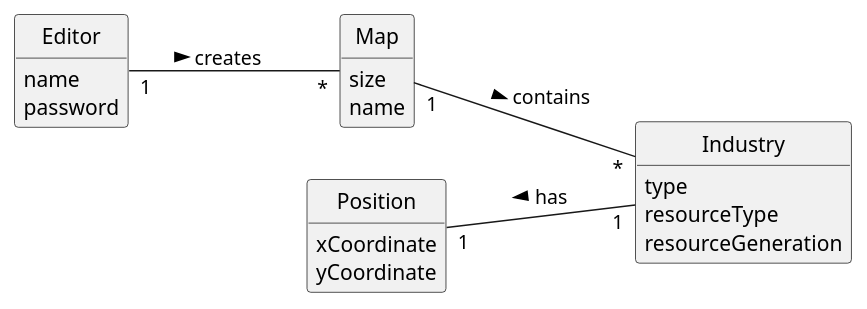
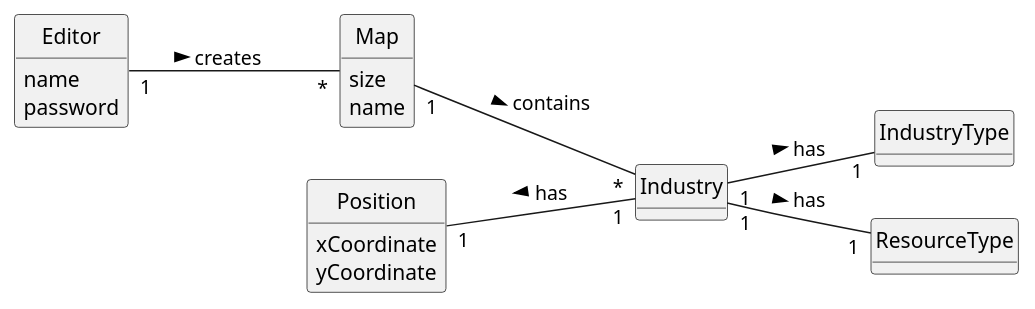
The diagram in Sprint2/US002/02.analysis/puml/US002-DM.puml (1240935/pi2-railway-simulator), drawn with PlantUML before and after one commit. The commit also changed 19 other files, not shown here.

```diff
--- a/Sprint2/US002/02.analysis/puml/US002-DM.puml
+++ b/Sprint2/US002/02.analysis/puml/US002-DM.puml
@@ -1,37 +1,43 @@
 @startuml
 skinparam monochrome true
 skinparam packageStyle rectangle
 skinparam shadowing false
 'skinparam linetype ortho
 'left to right direction
 skinparam classAttributeIconSize 0
 hide circle
 hide methods
 
 left to right direction
 
 class Editor {
     name
     password
 }
 
 class Map {
     size
     name
 }
 
 class Industry {
-    type
-    resourceType
-    resourceGeneration
+}
+
+class IndustryType{
+}
+
+class ResourceType{
 }
 
 class Position{
     xCoordinate
     yCoordinate
 }
 
 Editor "1" -- "*" Map: creates >
 Map "1" -- "*" Industry: contains >
 Position "1" -- "1" Industry: has <
+Industry "1" -- "1" IndustryType: has >
+Industry "1" -- "1" ResourceType: has >
+
 @enduml
```
